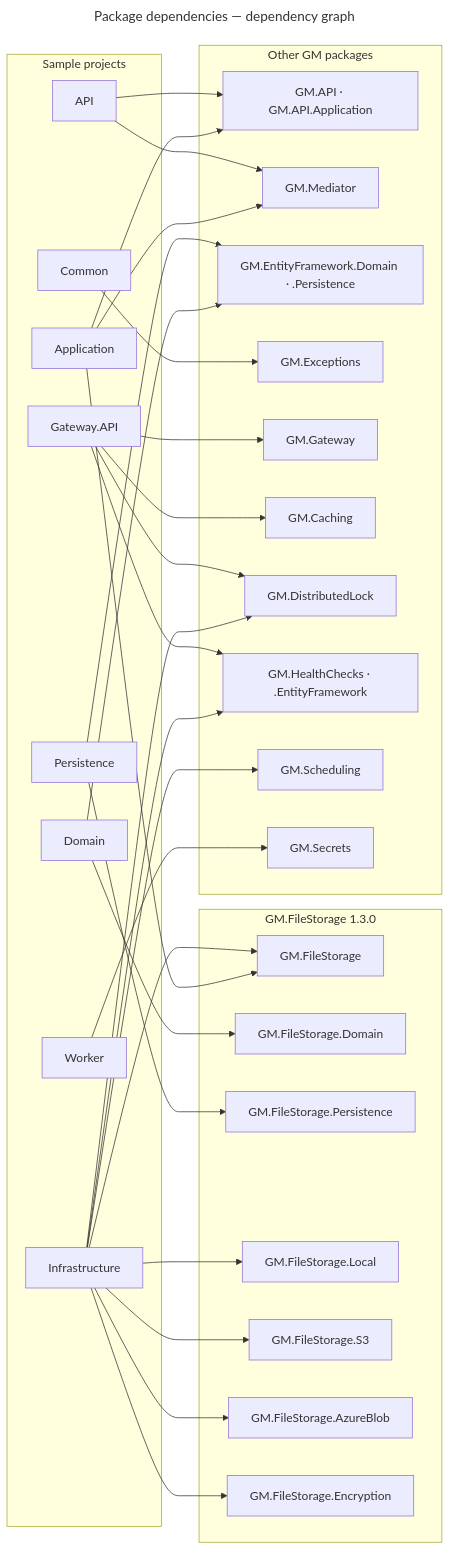
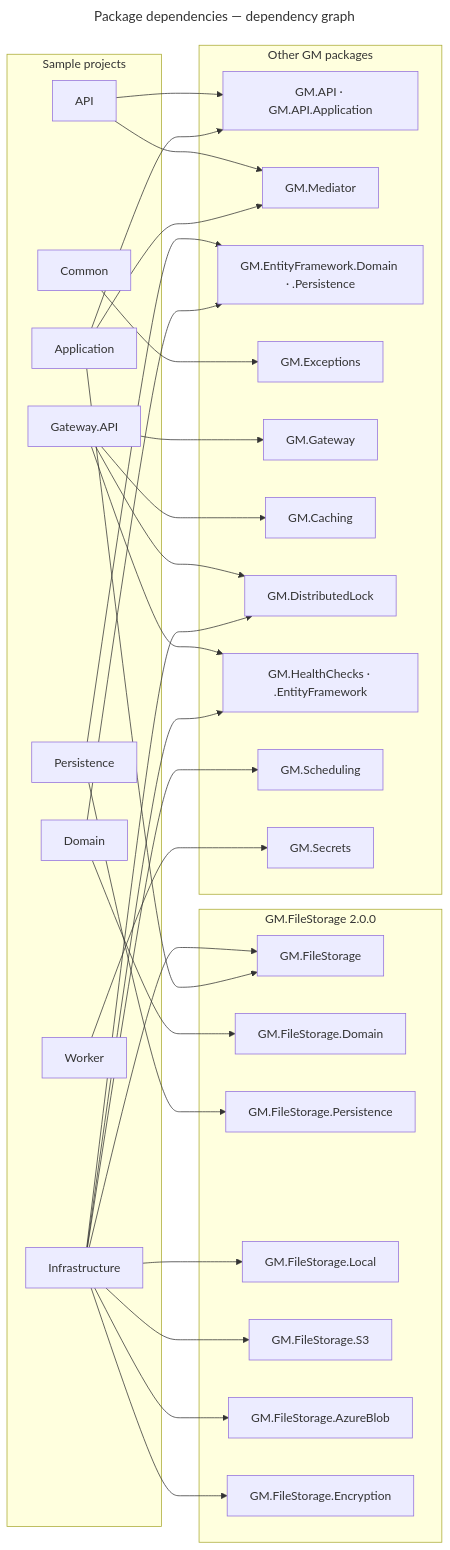
Before and after one commit to gmetskhvarishvili/GM.FileStorage.Samples: the third of 6 diagrams in docs/dependencies.md, drawn with Mermaid.

Commit message:
docs: the package diagram shows GM.FileStorage 2.0.0

````diff
--- a/docs/dependencies.md
+++ b/docs/dependencies.md
@@ -89,48 +89,48 @@
 ```mermaid
 ---
 title: Package dependencies — dependency graph
 ---
 flowchart LR
     subgraph sample[Sample projects]
         gw[Gateway.API]
         api[API]
         worker[Worker]
         infra[Infrastructure]
         pers[Persistence]
         app[Application]
         domain[Domain]
         common[Common]
     end
 
-    subgraph gmfs[GM.FileStorage 1.3.0]
+    subgraph gmfs[GM.FileStorage 2.0.0]
         fs[GM.FileStorage]
         fsDomain[GM.FileStorage.Domain]
         fsPers[GM.FileStorage.Persistence]
         fsLocal[GM.FileStorage.Local]
         fsS3[GM.FileStorage.S3]
         fsAzure[GM.FileStorage.AzureBlob]
         fsEnc[GM.FileStorage.Encryption]
     end
 
     subgraph gm[Other GM packages]
         gmApi[GM.API · GM.API.Application]
         gmMed[GM.Mediator]
         gmEf[GM.EntityFramework.Domain · .Persistence]
         gmExc[GM.Exceptions]
         gmGw[GM.Gateway]
         gmCache[GM.Caching]
         gmLock[GM.DistributedLock]
         gmHc[GM.HealthChecks · .EntityFramework]
         gmSched[GM.Scheduling]
         gmSec[GM.Secrets]
     end
 
     gw --> gmGw & gmCache & gmLock & gmHc
     api --> gmApi & gmMed
     worker --> gmSec
     infra --> fs & fsLocal & fsS3 & fsAzure & fsEnc & gmHc & gmSched & gmLock
     pers --> fsPers & gmEf
     app --> fs & gmApi & gmMed
     domain --> fsDomain & gmEf
     common --> gmExc
 ```
````
